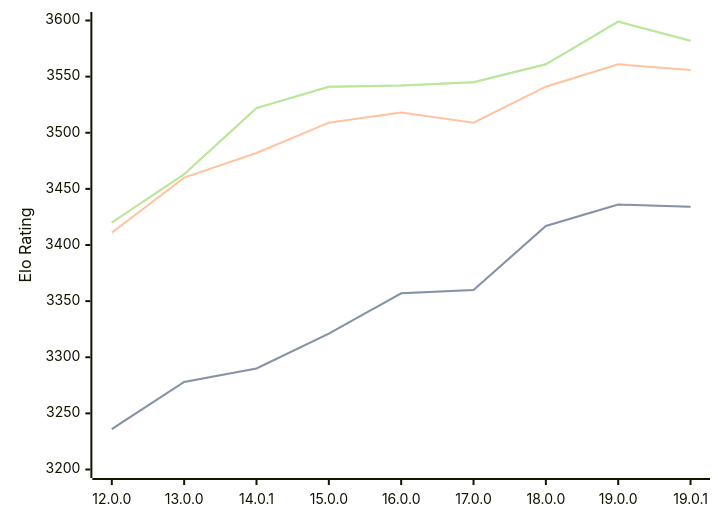
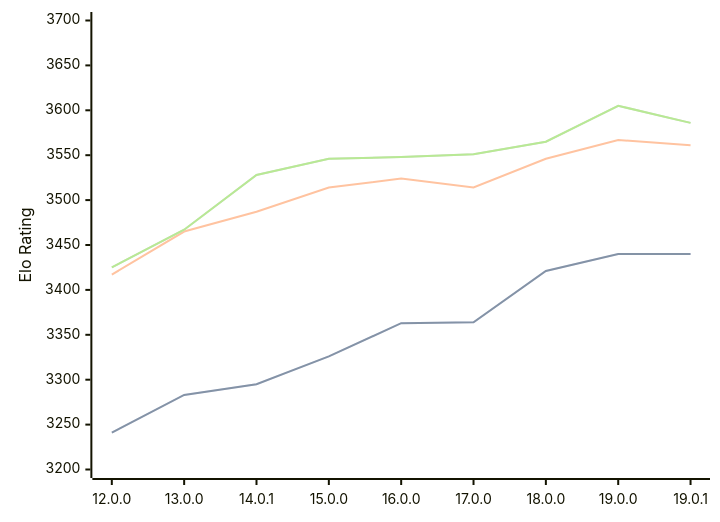
Before and after one commit to computer-chess-index/cci: the diagram in engines/Viridithas.md, drawn with Mermaid. The commit also changed other lines of this file, not shown here.

Commit message:
Update CCI Ratings (ELO VLTC) - 2026-04-14

````diff
--- a/engines/Viridithas.md
+++ b/engines/Viridithas.md
@@ -63,11 +63,11 @@
 ```mermaid
 %%{init: {"theme":"base","themeVariables":{"seriesColors:['#a3a3a3','#222221','#faa371']}}}%%
 xychart-beta
   x-axis ["12.0.0", "13.0.0", "14.0.1", "15.0.0", "16.0.0", "17.0.0", "18.0.0", "19.0.0", "19.0.1"]
-  y-axis "Elo Rating" 3200 --> 3600
-  line "STC (8.0+0.08s)" [3236, 3278, 3290, 3321, 3357, 3360, 3417, 3436, 3434]
-  line "STC (8.0+0.08s)" [3236, 3278, 3290, 3321, 3357, 3360, 3417, 3436, 3434]
-  line "LTC (60.0+0.60s)" [3411, 3460, 3482, 3509, 3518, 3509, 3541, 3561, 3556]
-  line "VLTC (2m24s+1.12s)" [3420, 3463, 3522, 3541, 3542, 3545, 3561, 3599, 3582]
-  line "VLTC (2m24s+1.12s)" [3420, 3463, 3522, 3541, 3542, 3545, 3561, 3599, 3582]
+  y-axis "Elo Rating" 3200 --> 3700
+  line "STC (8.0+0.08s)" [3241, 3283, 3295, 3326, 3363, 3364, 3421, 3440, 3440]
+  line "STC (8.0+0.08s)" [3241, 3283, 3295, 3326, 3363, 3364, 3421, 3440, 3440]
+  line "LTC (60.0+0.60s)" [3417, 3465, 3487, 3514, 3524, 3514, 3546, 3567, 3561]
+  line "VLTC (2m24s+1.12s)" [3425, 3467, 3528, 3546, 3548, 3551, 3565, 3605, 3586]
+  line "VLTC (2m24s+1.12s)" [3425, 3467, 3528, 3546, 3548, 3551, 3565, 3605, 3586]
 ```
````
